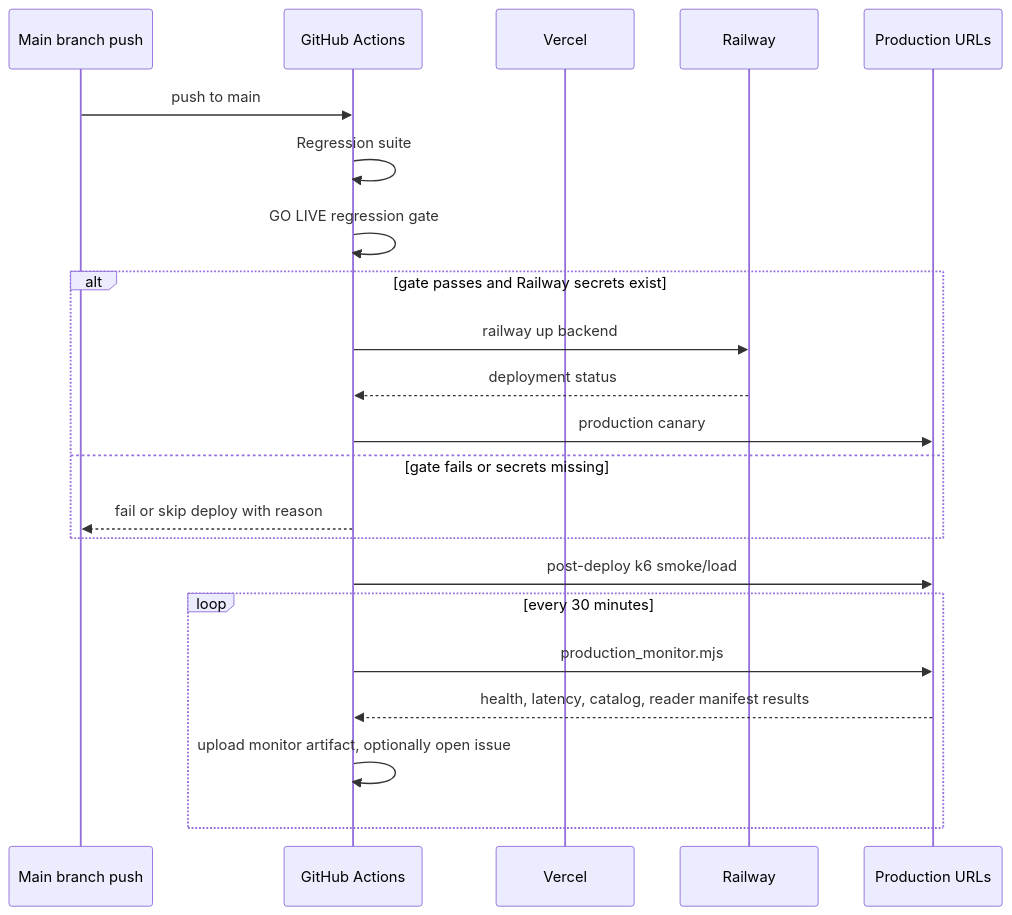
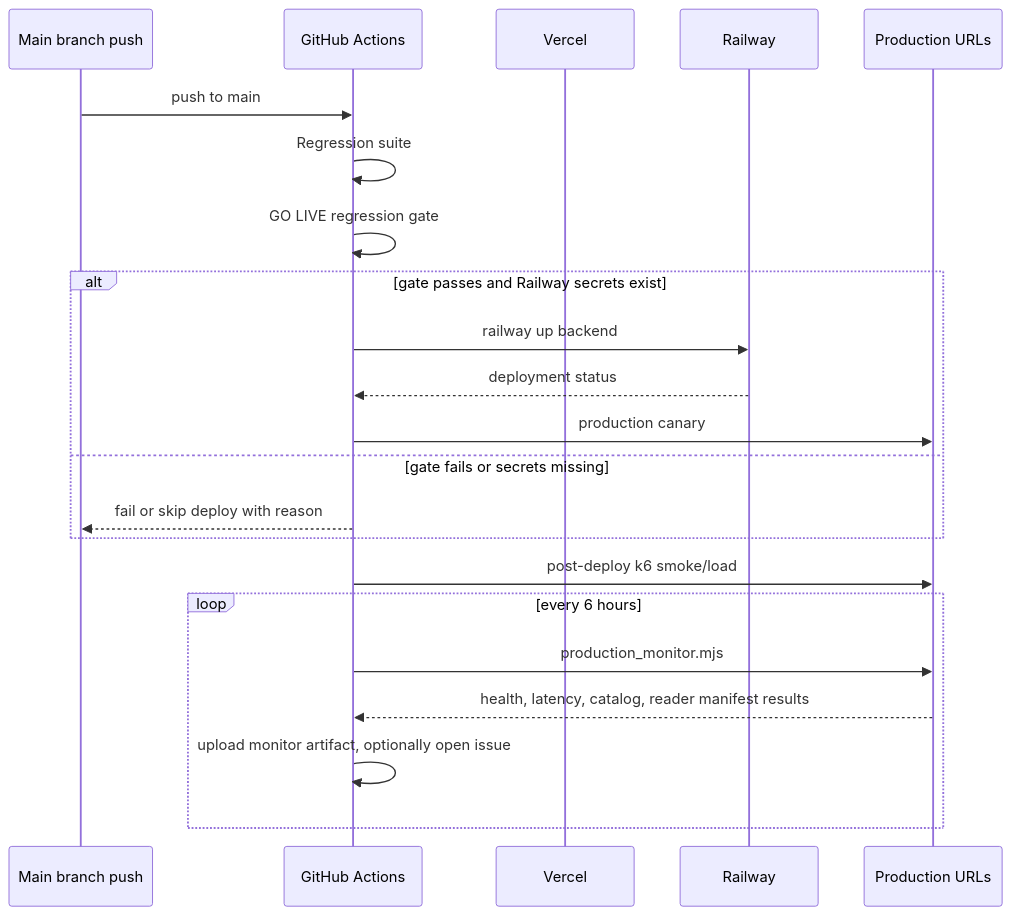
Before and after one commit to ronik18/earnalism-digital-library: diagram 20 of 22 in README.md, drawn with Mermaid. The commit also changed other lines of this file and 1 other file, not shown here.

````diff
--- a/README.md
+++ b/README.md
@@ -829,25 +829,25 @@
 ```mermaid
 sequenceDiagram
   participant Dev as Main branch push
   participant GH as GitHub Actions
   participant V as Vercel
   participant R as Railway
   participant P as Production URLs
 
   Dev->>GH: push to main
   GH->>GH: Regression suite
   GH->>GH: GO LIVE regression gate
   alt gate passes and Railway secrets exist
     GH->>R: railway up backend
     R-->>GH: deployment status
     GH->>P: production canary
   else gate fails or secrets missing
     GH-->>Dev: fail or skip deploy with reason
   end
   GH->>P: post-deploy k6 smoke/load
-  loop every 30 minutes
+  loop every 6 hours
     GH->>P: production_monitor.mjs
     P-->>GH: health, latency, catalog, reader manifest results
     GH->>GH: upload monitor artifact, optionally open issue
   end
 ```
````
